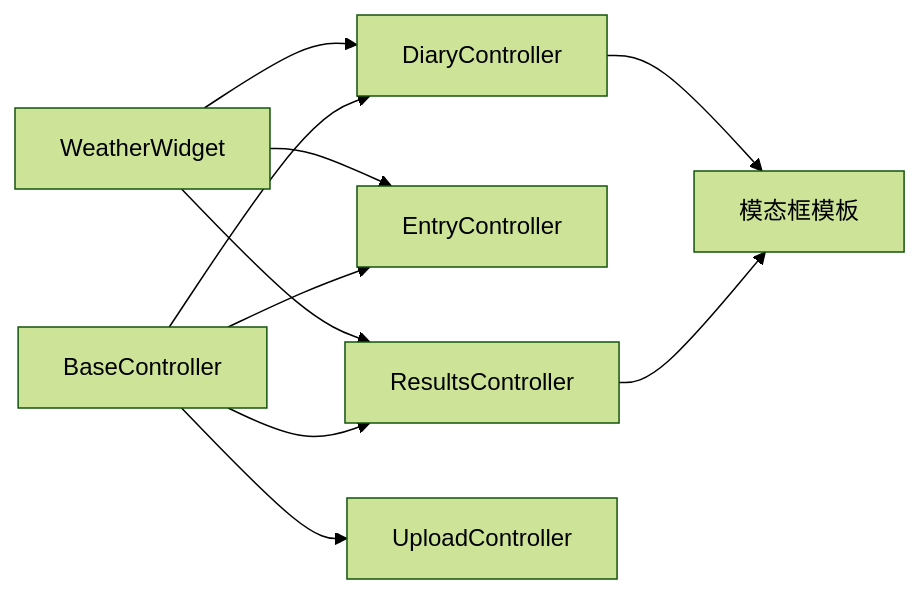
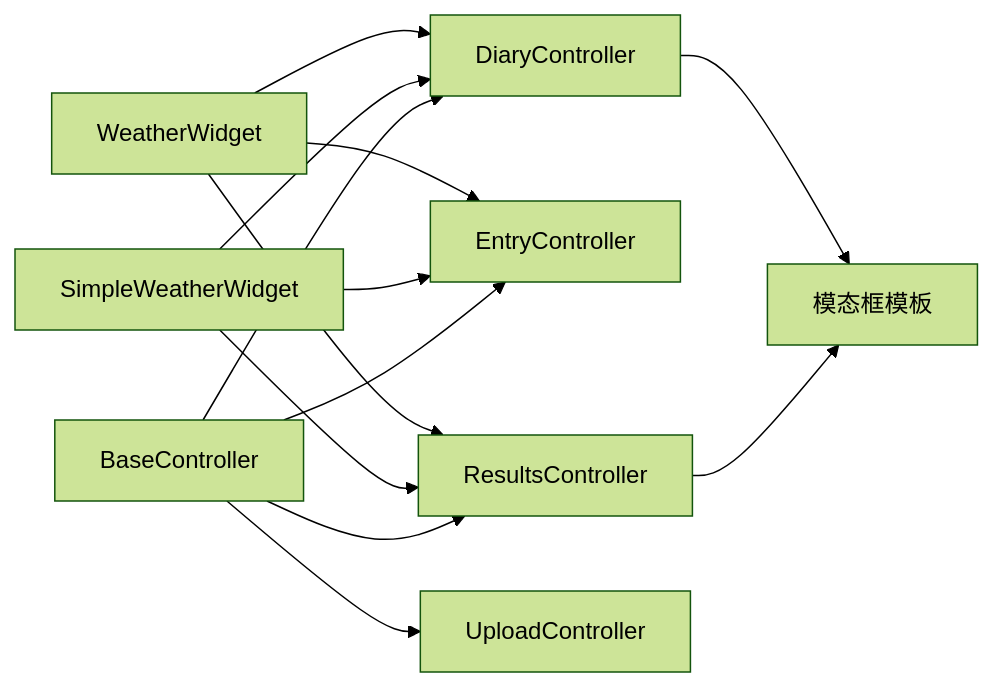
One commit to jeankeim/wuxing-fashion changed the ninth of 9 diagrams in .qoder/repowiki/zh/content/用户界面组件/用户界面组件.md. Above: the diagram before and after it, drawn with Mermaid (forest theme). The commit also changed other lines of this file and 27 other files, not shown here.

````diff
--- a/.qoder/repowiki/zh/content/用户界面组件/用户界面组件.md
+++ b/.qoder/repowiki/zh/content/用户界面组件/用户界面组件.md
@@ -511,12 +572,15 @@
 ```mermaid
 graph LR
 BC["BaseController"] --> RC["ResultsController"]
 BC --> EC["EntryController"]
 BC --> DC["DiaryController"]
 BC --> UC["UploadController"]
-WC["WeatherWidget"] --> RC
-WC --> EC
-WC --> DC
+SW["SimpleWeatherWidget"] --> RC
+SW --> EC
+SW --> DC
+WW["WeatherWidget"] --> RC
+WW --> EC
+WW --> DC
 RC --> MOD["模态框模板"]
 DC --> MOD
 ```
````
